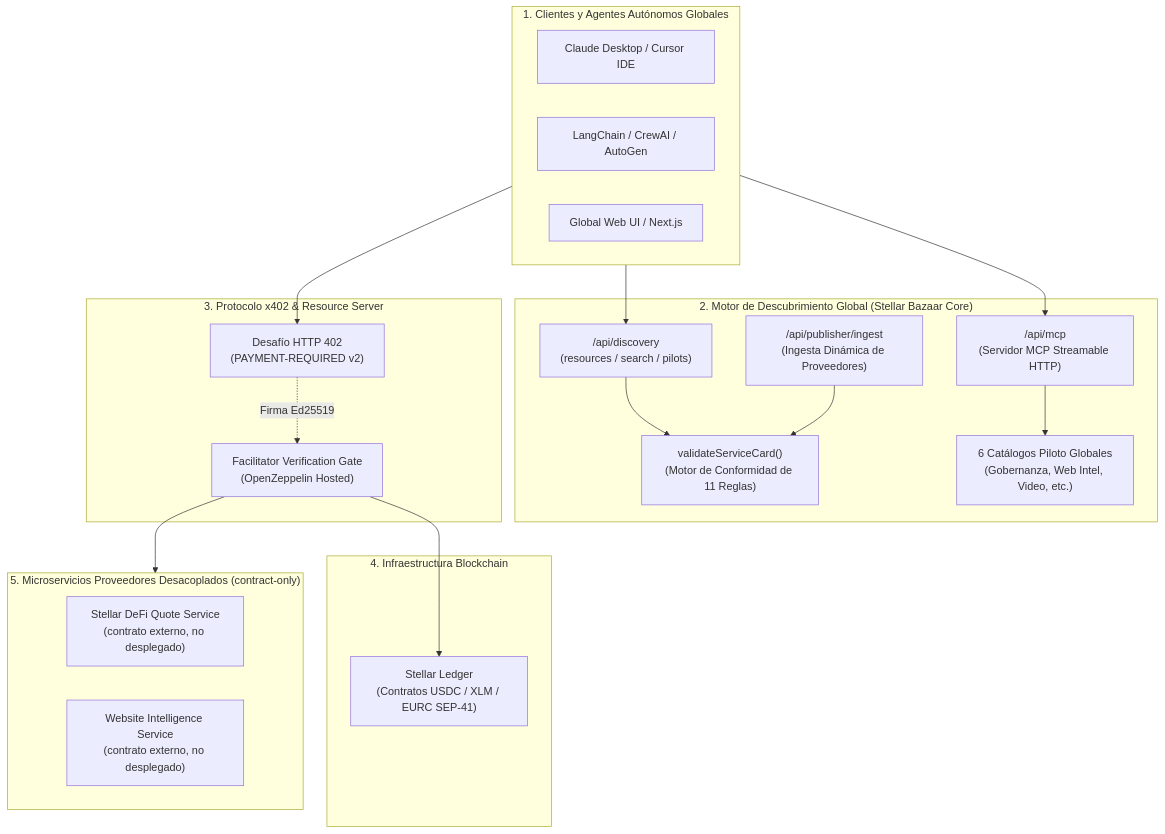
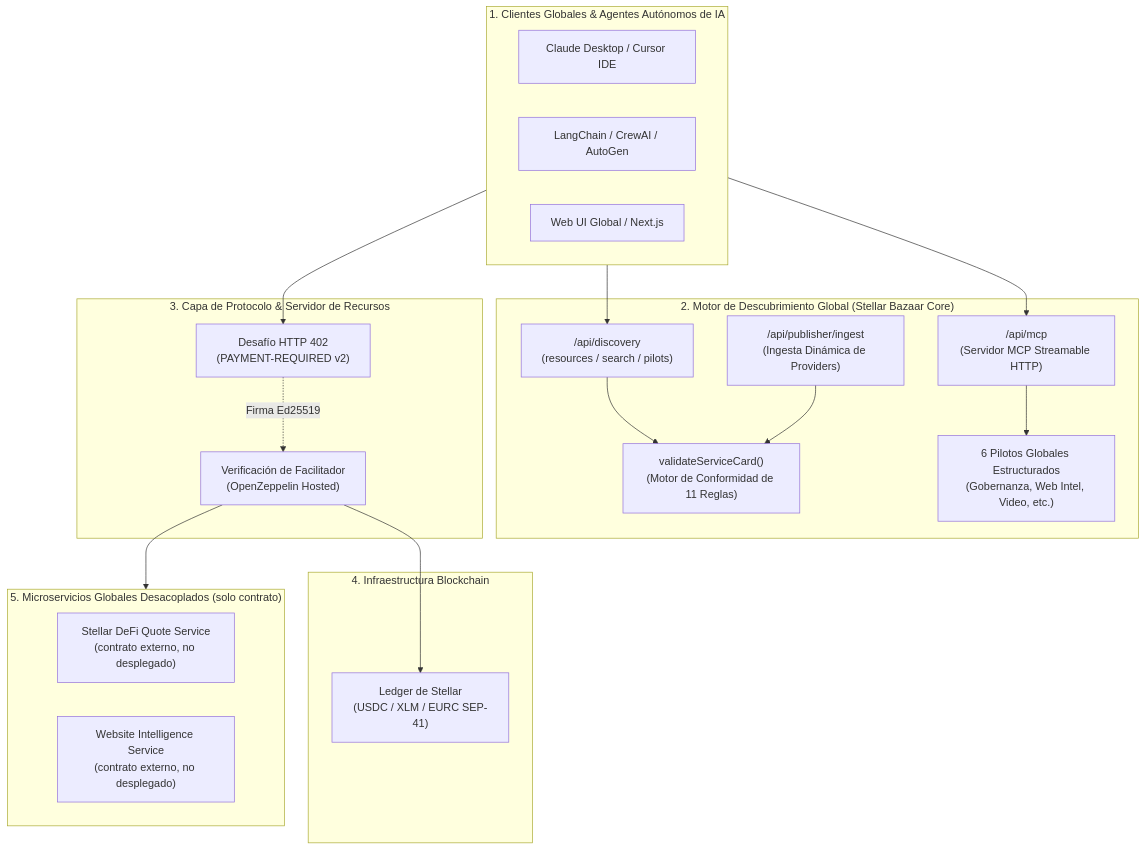
Before and after one commit to CaBsCrypto/stellar-bazaar-x402: the first of 2 diagrams in README.es.md, drawn with Mermaid. The commit also changed other lines of this file and 3 other files, not shown here.

````diff
--- a/README.es.md
+++ b/README.es.md
@@ -55,41 +55,41 @@
 ```mermaid
 flowchart TD
-    subgraph Clients["1. Clientes y Agentes Autónomos Globales"]
+    subgraph Clients["1. Clientes Globales & Agentes Autónomos de IA"]
         Claude["Claude Desktop / Cursor IDE"]
         LangChain["LangChain / CrewAI / AutoGen"]
-        WebUI["Global Web UI / Next.js"]
+        WebUI["Web UI Global / Next.js"]
     end
 
     subgraph Bazaar["2. Motor de Descubrimiento Global (Stellar Bazaar Core)"]
         MCPServer["/api/mcp<br/>(Servidor MCP Streamable HTTP)"]
         RESTDiscovery["/api/discovery<br/>(resources / search / pilots)"]
         Validator["validateServiceCard()<br/>(Motor de Conformidad de 11 Reglas)"]
-        DynamicRegistry["/api/publisher/ingest<br/>(Ingesta Dinámica de Proveedores)"]
-        PilotCatalog["6 Catálogos Piloto Globales<br/>(Gobernanza, Web Intel, Video, etc.)"]
+        DynamicRegistry["/api/publisher/ingest<br/>(Ingesta Dinámica de Providers)"]
+        PilotCatalog["6 Pilotos Globales Estructurados<br/>(Gobernanza, Web Intel, Video, etc.)"]
     end
 
-    subgraph x402Layer["3. Protocolo x402 & Resource Server"]
+    subgraph x402Layer["3. Capa de Protocolo & Servidor de Recursos"]
         Challenge402["Desafío HTTP 402<br/>(PAYMENT-REQUIRED v2)"]
-        FacilitatorGate["Facilitator Verification Gate<br/>(OpenZeppelin Hosted)"]
+        FacilitatorGate["Verificación de Facilitador<br/>(OpenZeppelin Hosted)"]
     end
 
     subgraph Settlement["4. Infraestructura Blockchain"]
-        Testnet["Stellar Ledger<br/>(Contratos USDC / XLM / EURC SEP-41)"]
+        Testnet["Ledger de Stellar<br/>(USDC / XLM / EURC SEP-41)"]
     end
 
-    subgraph Providers["5. Microservicios Proveedores Desacoplados (contract-only)"]
+    subgraph Providers["5. Microservicios Globales Desacoplados (solo contrato)"]
         DeFiService["Stellar DeFi Quote Service<br/>(contrato externo, no desplegado)"]
         WebIntelService["Website Intelligence Service<br/>(contrato externo, no desplegado)"]
     end
 
     Clients --> MCPServer
     Clients --> RESTDiscovery
     RESTDiscovery --> Validator
     MCPServer --> PilotCatalog
     DynamicRegistry --> Validator
 
     Clients --> Challenge402
     Challenge402 -. "Firma Ed25519" .-> FacilitatorGate
     FacilitatorGate --> Testnet
     FacilitatorGate --> Providers
 ```
````
